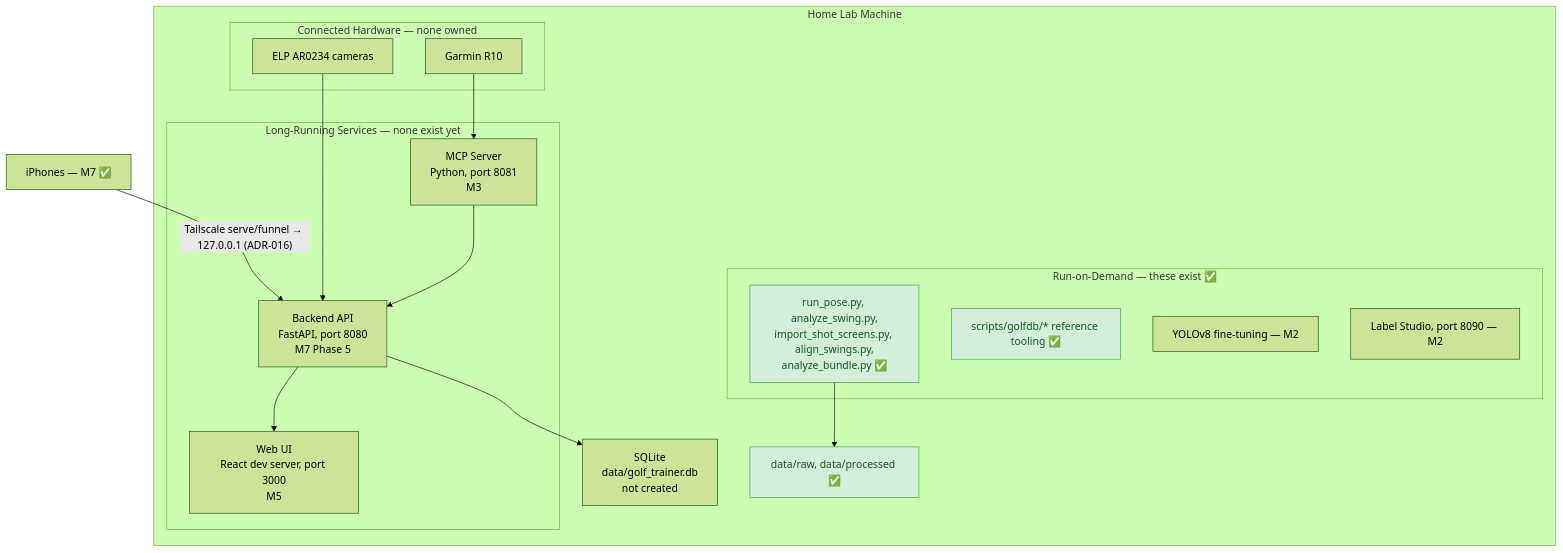
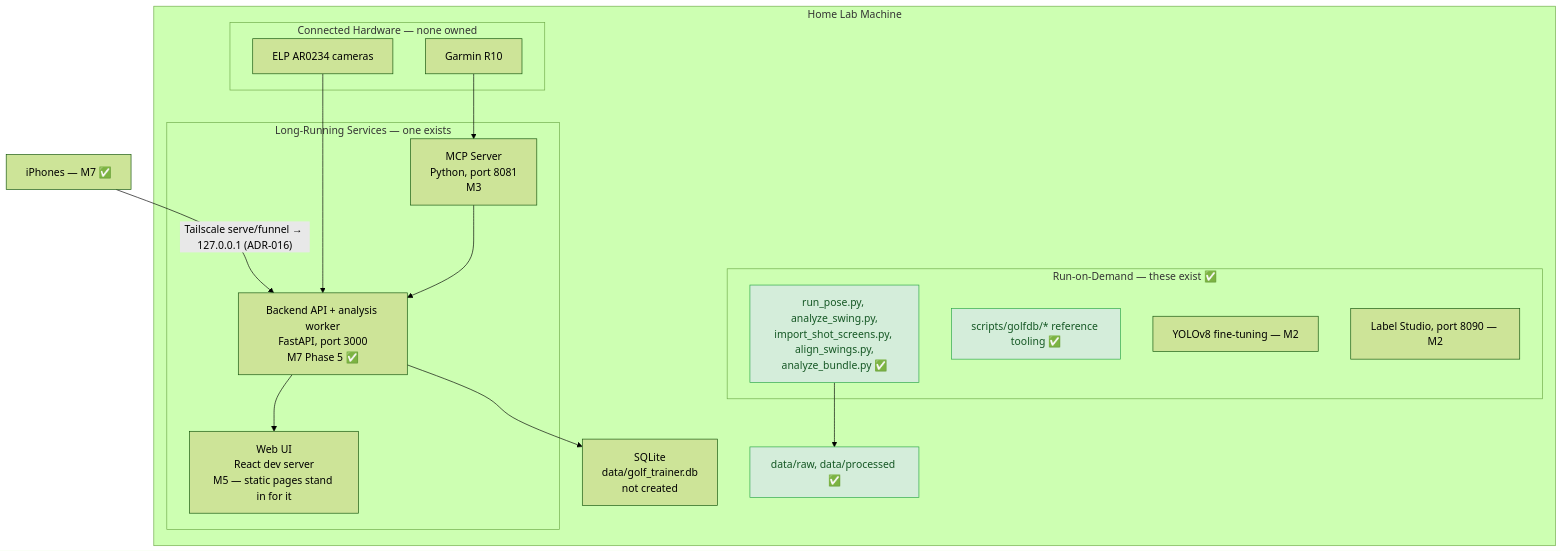
The fourth of 5 diagrams in docs/FLOW.md (MildTreeRat/golf-coach), drawn with Mermaid (forest theme) before and after one commit. The commit also changed other lines of this file and 19 other files, not shown here.

First line of the commit message:
M7 Phase 5: background analysis worker + results page

````diff
--- a/docs/FLOW.md
+++ b/docs/FLOW.md
@@ -220,33 +227,33 @@
 ```mermaid
 graph TB
     subgraph HomeLab ["Home Lab Machine"]
-        subgraph Services ["Long-Running Services — none exist yet"]
+        subgraph Services ["Long-Running Services — one exists"]
             MCP_SRV["MCP Server<br/>Python, port 8081<br/>M3"]
-            API["Backend API<br/>FastAPI, port 8080<br/>M7 Phase 5"]
-            WEB["Web UI<br/>React dev server, port 3000<br/>M5"]
+            API["Backend API + analysis worker<br/>FastAPI, port 3000<br/>M7 Phase 5 ✅"]
+            WEB["Web UI<br/>React dev server<br/>M5 — static pages stand in for it"]
         end
         subgraph Scripts ["Run-on-Demand — these exist ✅"]
             CLIS["run_pose.py, analyze_swing.py,<br/>import_shot_screens.py, align_swings.py,<br/>analyze_bundle.py ✅"]
             RESEARCH["scripts/golfdb/* reference tooling ✅"]
             TRAIN["YOLOv8 fine-tuning — M2"]
             LABEL["Label Studio, port 8090 — M2"]
         end
         subgraph HW ["Connected Hardware — none owned"]
             CAM_HW["ELP AR0234 cameras"]
             LM_HW2["Garmin R10"]
         end
         DB_FILE["SQLite<br/>data/golf_trainer.db<br/>not created"]
         FILES["data/raw, data/processed ✅"]
     end
 
     PHONE["iPhones — M7 ✅"] -->|"Tailscale serve/funnel → 127.0.0.1 (ADR-016)"| API
     CAM_HW --> API
     LM_HW2 --> MCP_SRV
     MCP_SRV --> API
     API --> DB_FILE
     API --> WEB
     CLIS --> FILES
 
     classDef built fill:#d4edda,stroke:#28a745,color:#155724;
     class CLIS,RESEARCH,FILES built;
 ```
````
